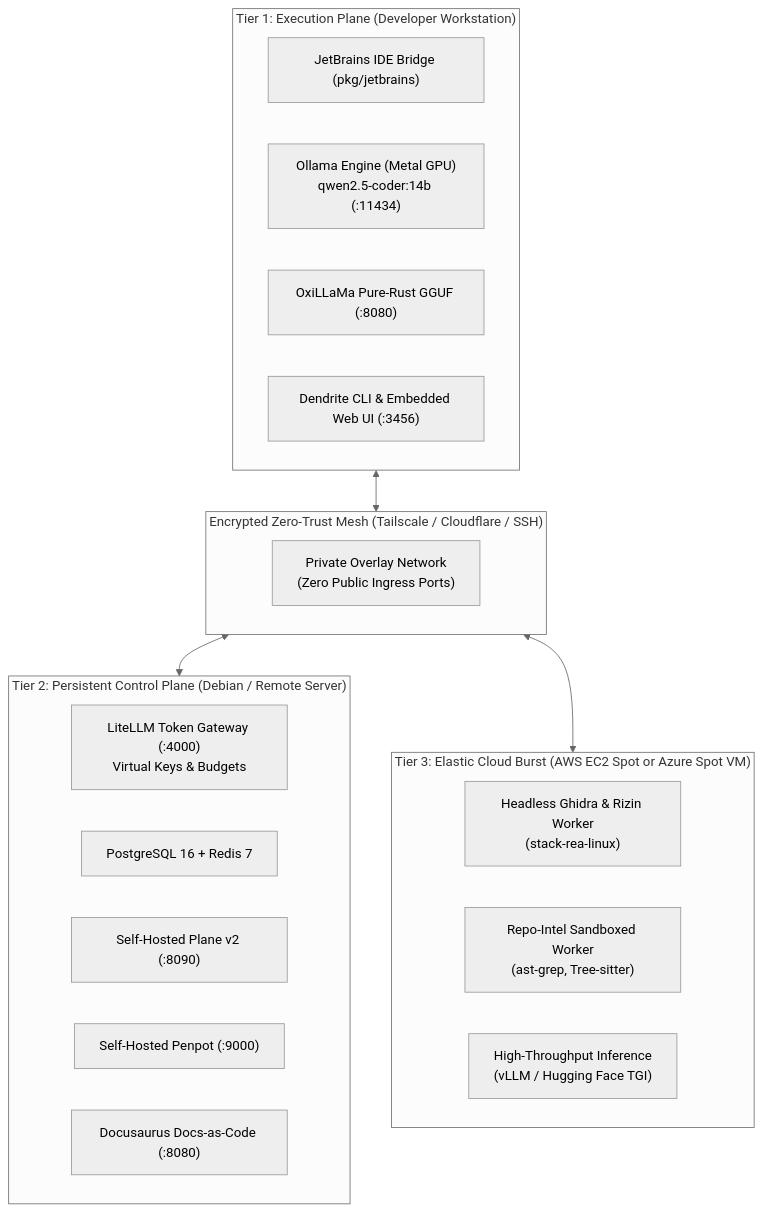
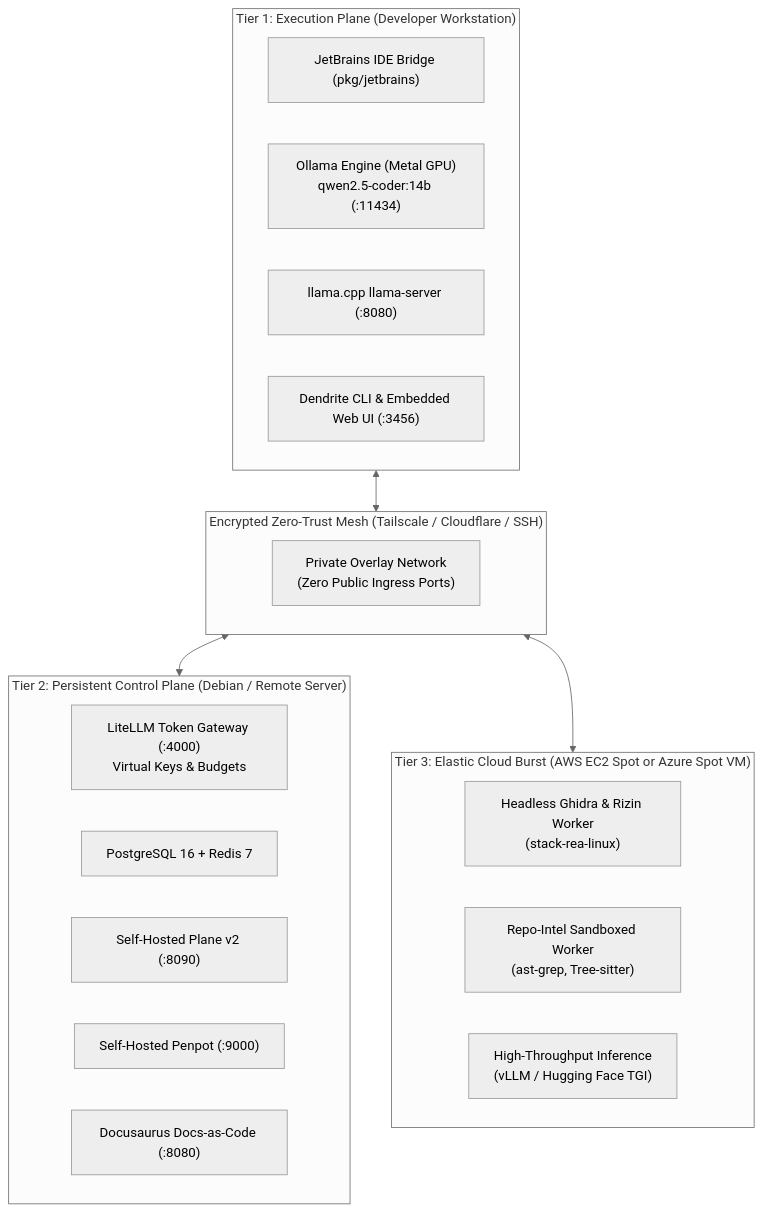
One commit to yasuomaidana/dendrite changed the second of 2 diagrams in README.md. Above: the diagram before and after it, drawn with Mermaid (neutral theme). The commit also changed other lines of this file and 141 other files, not shown here.

First line of the commit message:
[DEN-933] Replace OxiLLaMa with llama.cpp llama-server (#122)

````diff
--- a/README.md
+++ b/README.md
@@ -178,31 +178,31 @@
 ```mermaid
 flowchart TB
     subgraph ExecutionPlane["Tier 1: Execution Plane (Developer Workstation)"]
         IDE["JetBrains IDE Bridge (pkg/jetbrains)"]
         OllamaLocal["Ollama Engine (Metal GPU)<br/>qwen2.5-coder:14b (:11434)"]
-        OxillamaLocal["OxiLLaMa Pure-Rust GGUF (:8080)"]
+        LlamaCppLocal["llama.cpp llama-server (:8080)"]
         DendriteCLI["Dendrite CLI & Embedded Web UI (:3456)"]
     end
 
     subgraph NetworkMesh["Encrypted Zero-Trust Mesh (Tailscale / Cloudflare / SSH)"]
         Mesh["Private Overlay Network<br/>(Zero Public Ingress Ports)"]
     end
 
     subgraph ControlPlane["Tier 2: Persistent Control Plane (Debian / Remote Server)"]
         LiteLLM["LiteLLM Token Gateway (:4000)<br/>Virtual Keys & Budgets"]
         PG["PostgreSQL 16 + Redis 7"]
         PlaneV2["Self-Hosted Plane v2 (:8090)"]
         Penpot["Self-Hosted Penpot (:9000)"]
         DocsPortal["Docusaurus Docs-as-Code (:8080)"]
     end
 
     subgraph CloudBurst["Tier 3: Elastic Cloud Burst (AWS EC2 Spot or Azure Spot VM)"]
         GhidraHeadless["Headless Ghidra & Rizin Worker<br/>(stack-rea-linux)"]
         RepoIntel["Repo-Intel Sandboxed Worker<br/>(ast-grep, Tree-sitter)"]
         InferenceCluster["High-Throughput Inference<br/>(vLLM / Hugging Face TGI)"]
     end
 
     ExecutionPlane <--> NetworkMesh
     NetworkMesh <--> ControlPlane
     NetworkMesh <--> CloudBurst
 ```
````
